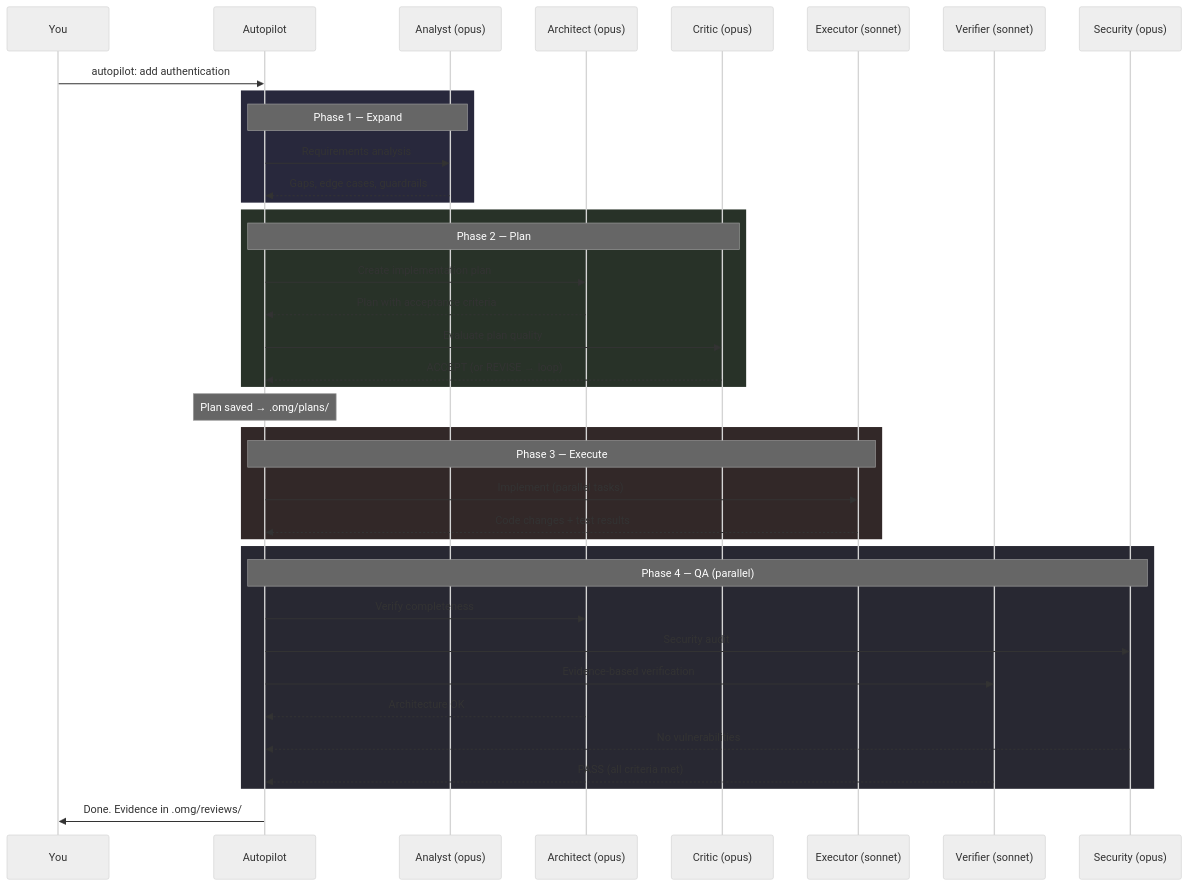
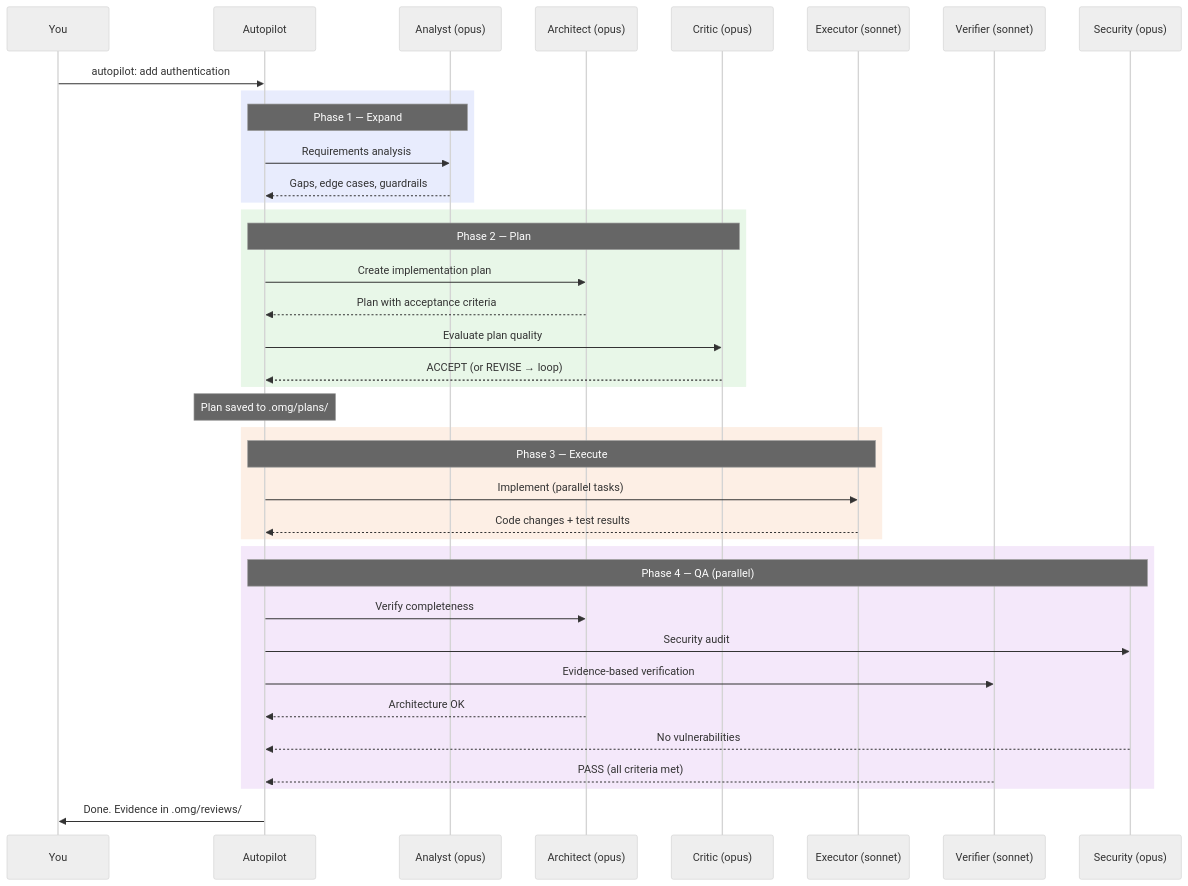
The first of 2 diagrams in README.md (TheTrustedAdvisor/omg), drawn with Mermaid (neutral theme) before and after one commit.

Commit message:
sync: update from omg-dev 2026-04-07

````diff
--- a/README.md
+++ b/README.md
@@ -91,47 +91,47 @@
 ```mermaid
 sequenceDiagram
     participant U as You
     participant A as Autopilot
     participant AN as Analyst (opus)
     participant AR as Architect (opus)
     participant CR as Critic (opus)
     participant EX as Executor (sonnet)
     participant VR as Verifier (sonnet)
     participant SR as Security (opus)
 
     U->>A: autopilot: add authentication
     
-    rect rgb(40, 40, 60)
+    rect rgba(100, 130, 240, 0.15)
     Note over A,AN: Phase 1 — Expand
     A->>AN: Requirements analysis
     AN-->>A: Gaps, edge cases, guardrails
     end
 
-    rect rgb(40, 50, 40)
+    rect rgba(100, 200, 100, 0.15)
     Note over A,CR: Phase 2 — Plan
     A->>AR: Create implementation plan
     AR-->>A: Plan with acceptance criteria
     A->>CR: Evaluate plan quality
     CR-->>A: ACCEPT (or REVISE → loop)
     end
     
-    Note over A: Plan saved → .omg/plans/
+    Note over A: Plan saved to .omg/plans/
 
-    rect rgb(50, 40, 40)
+    rect rgba(240, 150, 80, 0.15)
     Note over A,EX: Phase 3 — Execute
     A->>EX: Implement (parallel tasks)
     EX-->>A: Code changes + test results
     end
 
-    rect rgb(40, 40, 50)
+    rect rgba(180, 100, 220, 0.15)
     Note over A,SR: Phase 4 — QA (parallel)
     A->>AR: Verify completeness
     A->>SR: Security audit
     A->>VR: Evidence-based verification
     AR-->>A: Architecture OK
     SR-->>A: No vulnerabilities
     VR-->>A: PASS (all criteria met)
     end
 
     A->>U: Done. Evidence in .omg/reviews/
 ```
````
